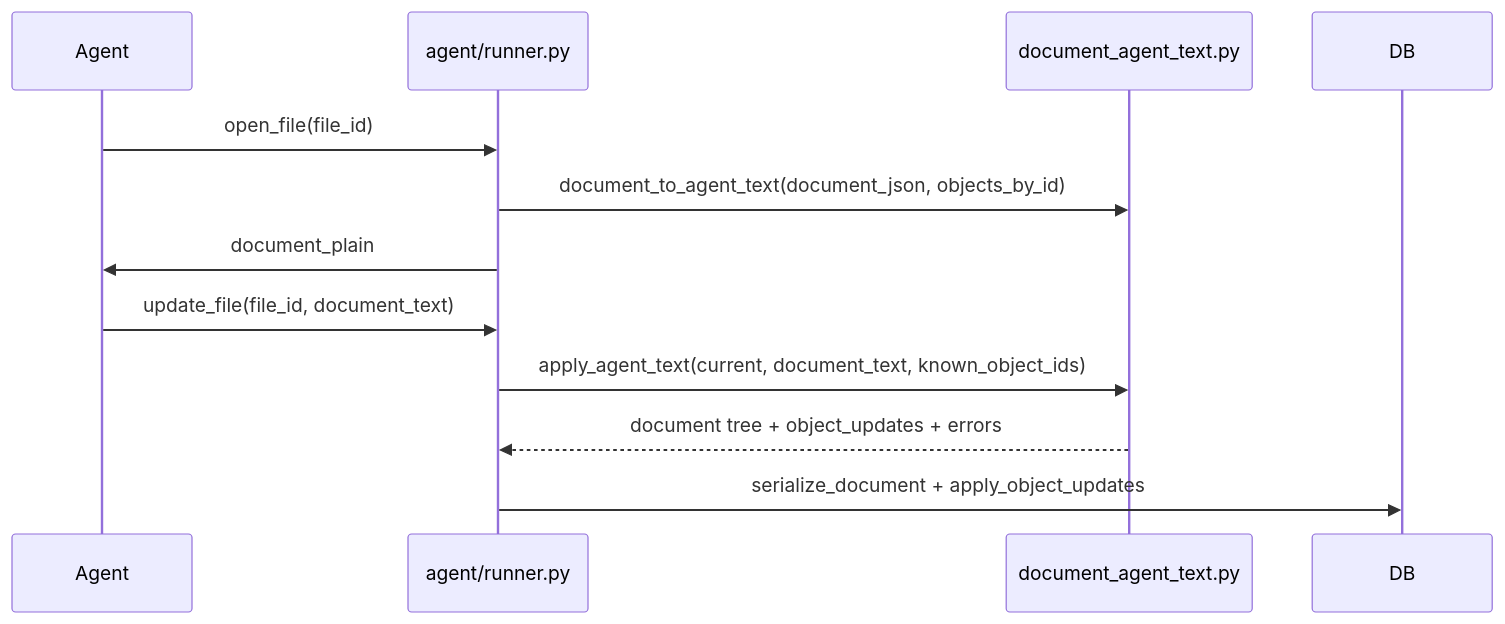
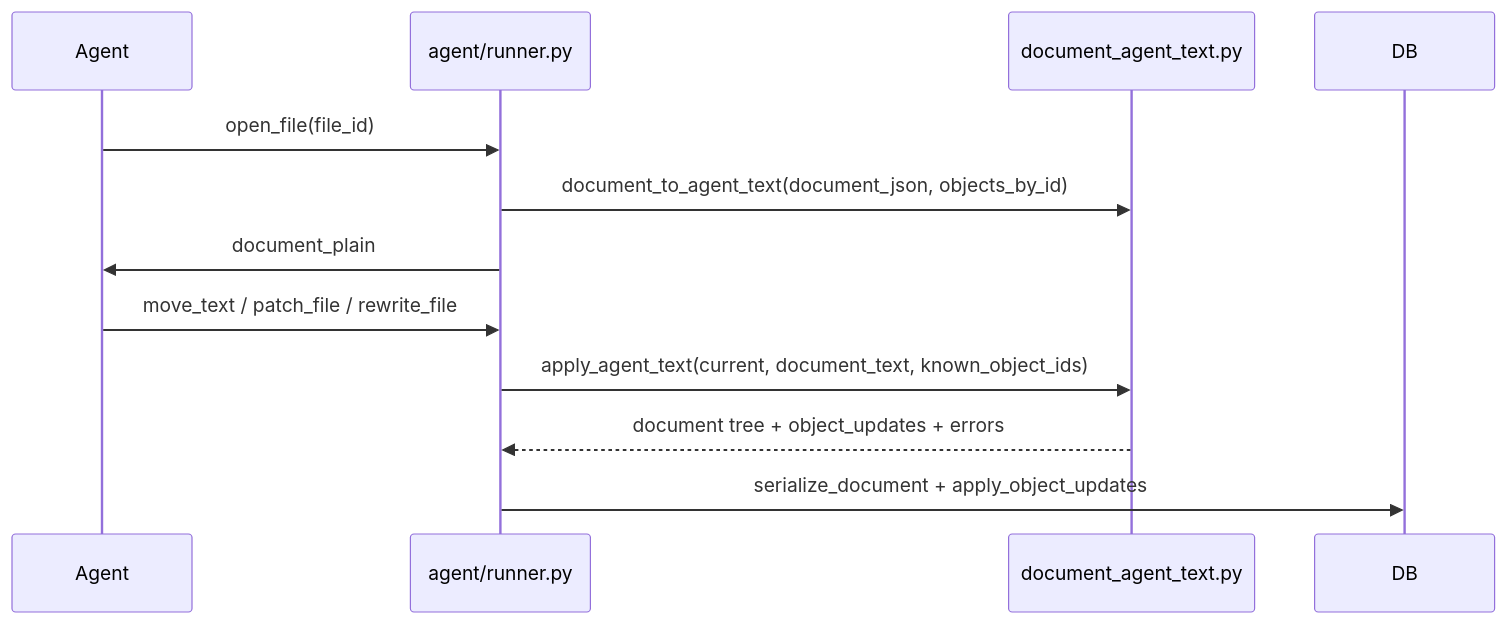
Before and after one commit to tsoofLahav/system_app_v3: the diagram in content/production_agent/system_prompt.md, drawn with Mermaid. The commit also changed other lines of this file and 6 other files, not shown here.

First line of the commit message:
Add patch_file, move_text, and rewrite_file write tools.

````diff
--- a/content/production_agent/system_prompt.md
+++ b/content/production_agent/system_prompt.md
@@ -14,16 +14,16 @@
 ```mermaid
 sequenceDiagram
   participant Agent
   participant Runner as agent/runner.py
   participant Mapper as document_agent_text.py
   participant DB
 
   Agent->>Runner: open_file(file_id)
   Runner->>Mapper: document_to_agent_text(document_json, objects_by_id)
   Runner->>Agent: document_plain
 
-  Agent->>Runner: update_file(file_id, document_text)
+  Agent->>Runner: move_text / patch_file / rewrite_file
   Runner->>Mapper: apply_agent_text(current, document_text, known_object_ids)
   Mapper-->>Runner: document tree + object_updates + errors
   Runner->>DB: serialize_document + apply_object_updates
 ```
````
